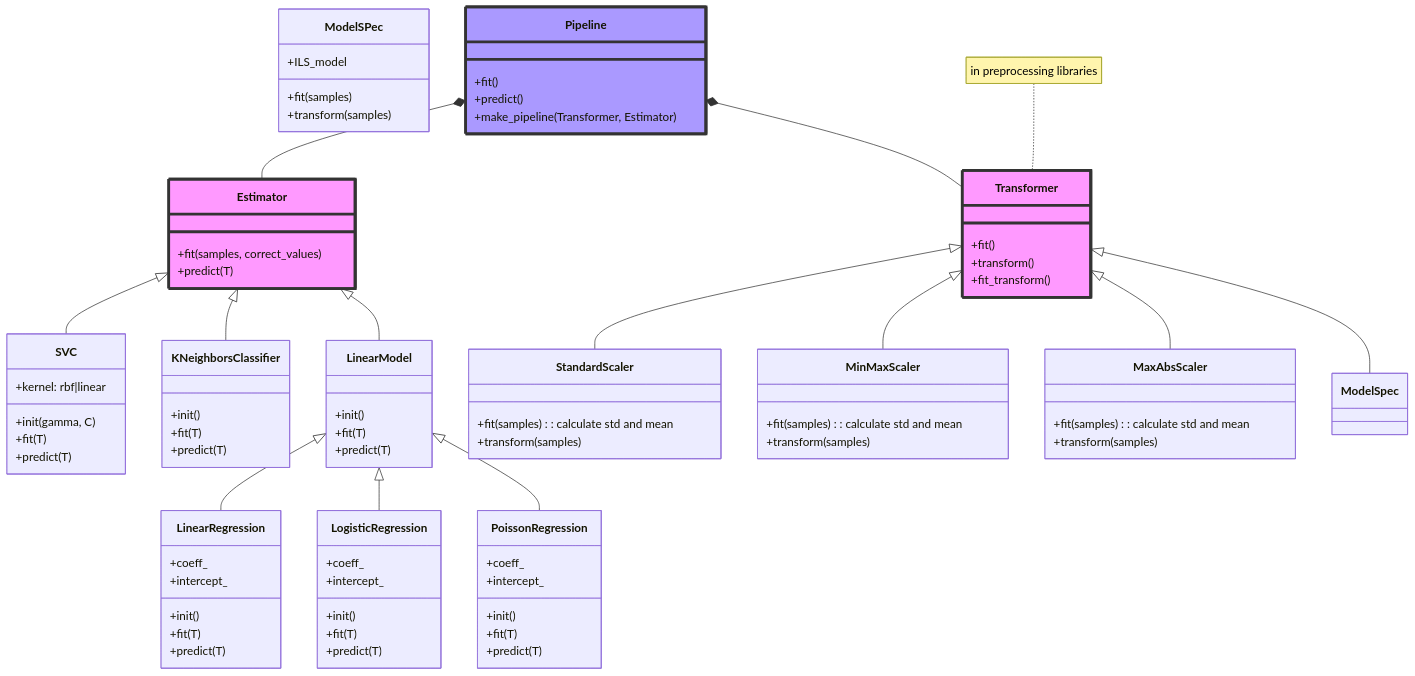
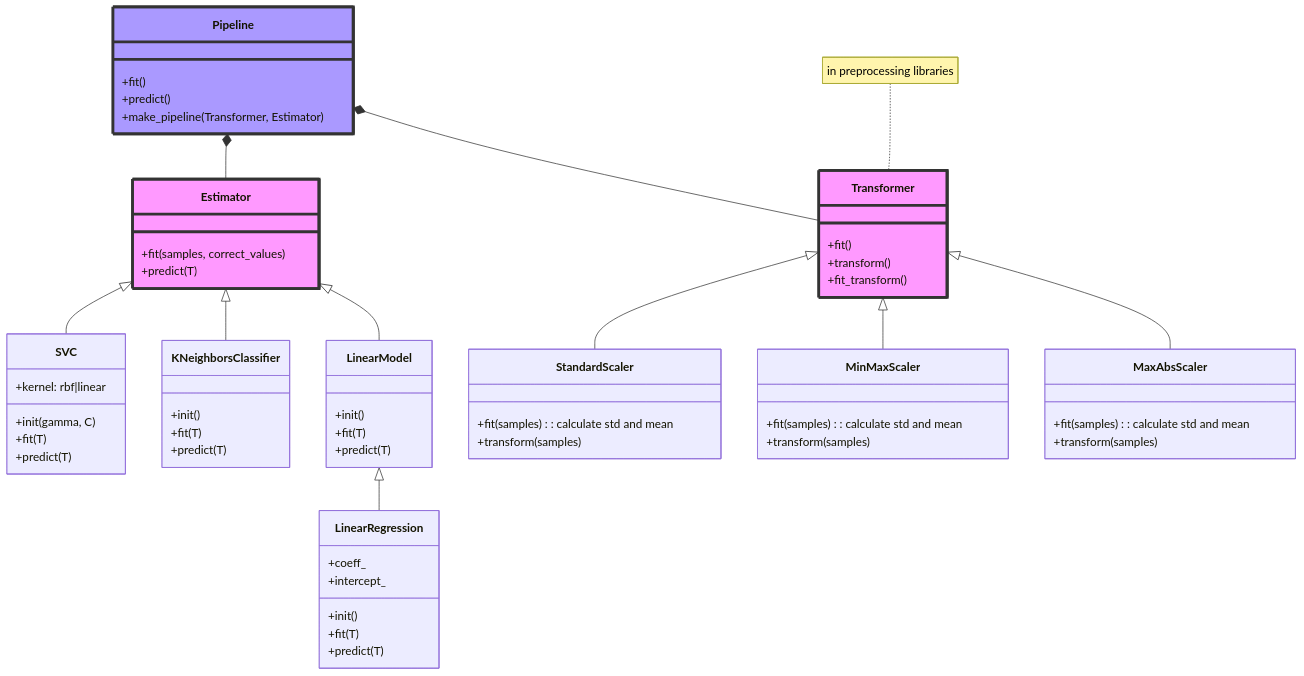
The second of 13 diagrams in notebooks/machete.md (FDrico/statistical_learning), drawn with Mermaid before and after one commit. The commit also changed other lines of this file and 1 other file, not shown here.

Commit message:
Started with regression trees

```diff
--- a/notebooks/machete.md
+++ b/notebooks/machete.md
@@ -173,8 +256,6 @@
     Estimator <|-- KNeighborsClassifier
     Estimator <|-- LinearModel
     LinearModel <|-- LinearRegression
-    LinearModel <|-- LogisticRegression
-    LinearModel <|-- PoissonRegression
     Estimator: +fit(samples, correct_values)
     Estimator: +predict(T)
     style Estimator fill:#f9f,stroke:#333,stroke-width:4px
@@ -201,20 +282,7 @@
         +fit(T)
         +predict(T)
     }
-    class LogisticRegression{
-        +coeff_
-        +intercept_
-        +init()
-        +fit(T)
-        +predict(T)
-    }
-    class PoissonRegression{
-        +coeff_
-        +intercept_
-        +init()
-        +fit(T)
-        +predict(T)
-    }
+
     
     Transformer: +fit()
     style Transformer fill:#f9f,stroke:#333,stroke-width:4px
@@ -224,7 +292,6 @@
     Transformer <|-- StandardScaler
     Transformer <|-- MinMaxScaler
     Transformer <|-- MaxAbsScaler
-    Transformer <|-- ModelSpec
     class StandardScaler{
         +fit(samples): calculate std and mean
         +transform(samples)
@@ -237,11 +304,6 @@
         +fit(samples): calculate std and mean
         +transform(samples)
     }
-    class ModelSPec{
-        +ILS_model
-        +fit(samples)
-        +transform(samples)
-    }
 
     Pipeline *-- Transformer
     Pipeline *-- Estimator
```
